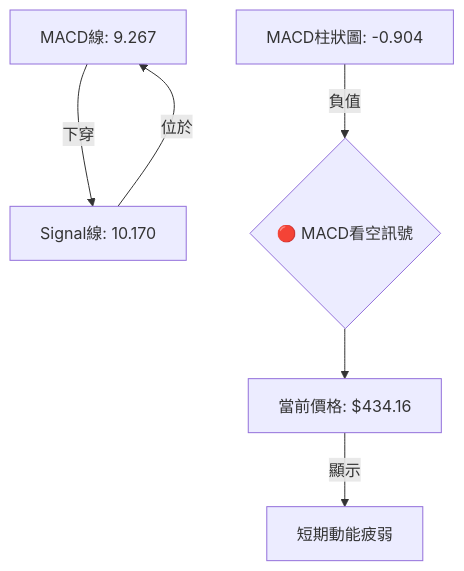
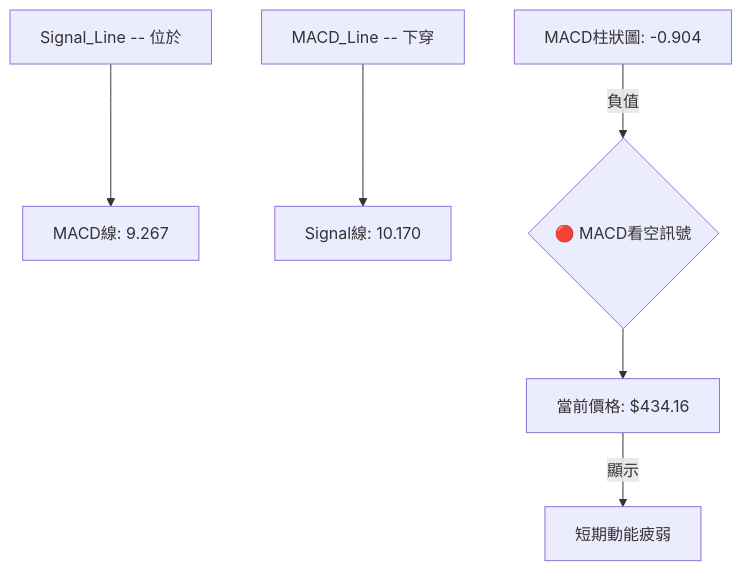
The eighth of 13 diagrams in ai_gen_report/stock/tsm/technical_analysis_2026-07-02_gemini.md (yennanliu/finance_data), drawn with Mermaid before and after one commit. The commit also changed other lines of this file and 2258 other files, not shown here.

First line of the commit message:
chore: backfill Mermaid syntax repair across existing reports

````diff
--- a/ai_gen_report/stock/tsm/technical_analysis_2026-07-02_gemini.md
+++ b/ai_gen_report/stock/tsm/technical_analysis_2026-07-02_gemini.md
@@ -495,13 +495,13 @@
 ```mermaid
 graph TD
     MACD_Line["MACD線: 9.267"]
     Signal_Line["Signal線: 10.170"]
     MACD_Hist["MACD柱狀圖: -0.904"]
 
-    MACD_Line -- 下穿 --> Signal_Line
-    Signal_Line -- 位於 --> MACD_Line
+    nb1["MACD_Line -- 下穿"] --> Signal_Line
+    nb2["Signal_Line -- 位於"] --> MACD_Line
     MACD_Hist -- 負值 --> MACD_Bearish_Signal{"🔴 MACD看空訊號"}
 
-    MACD_Bearish_Signal --> Current_Price_Action[當前價格: $434.16]
-    Current_Price_Action -- 顯示 --> ShortTerm_Weakness[短期動能疲弱]
+    MACD_Bearish_Signal --> Current_Price_Action["當前價格: $434.16"]
+    Current_Price_Action -- 顯示 --> ShortTerm_Weakness["短期動能疲弱"]
 ```
````
